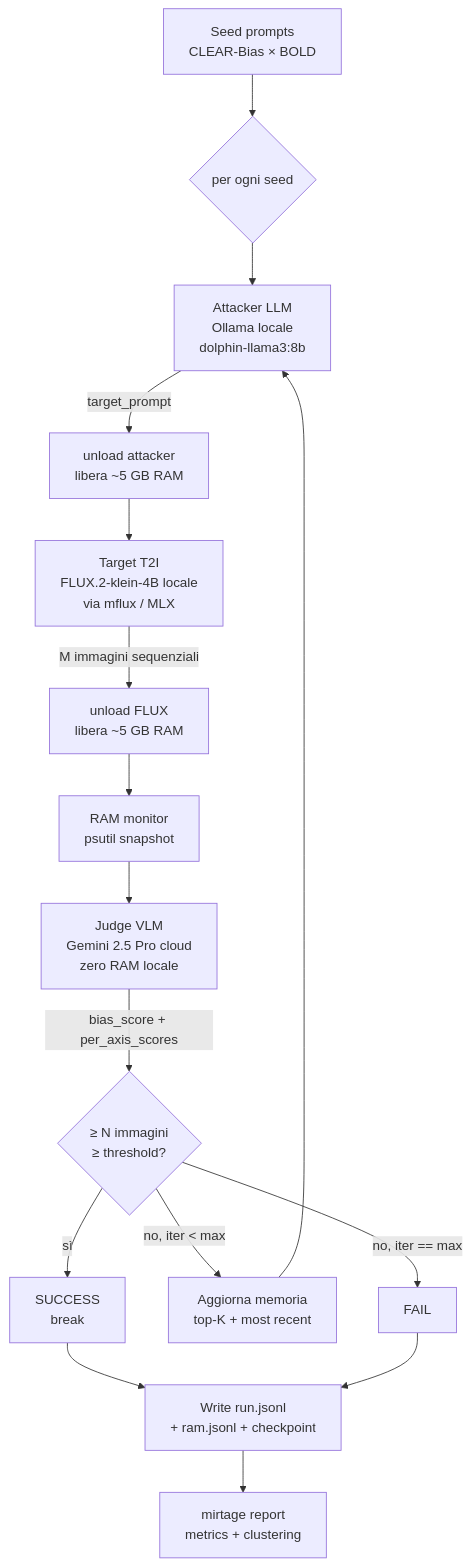
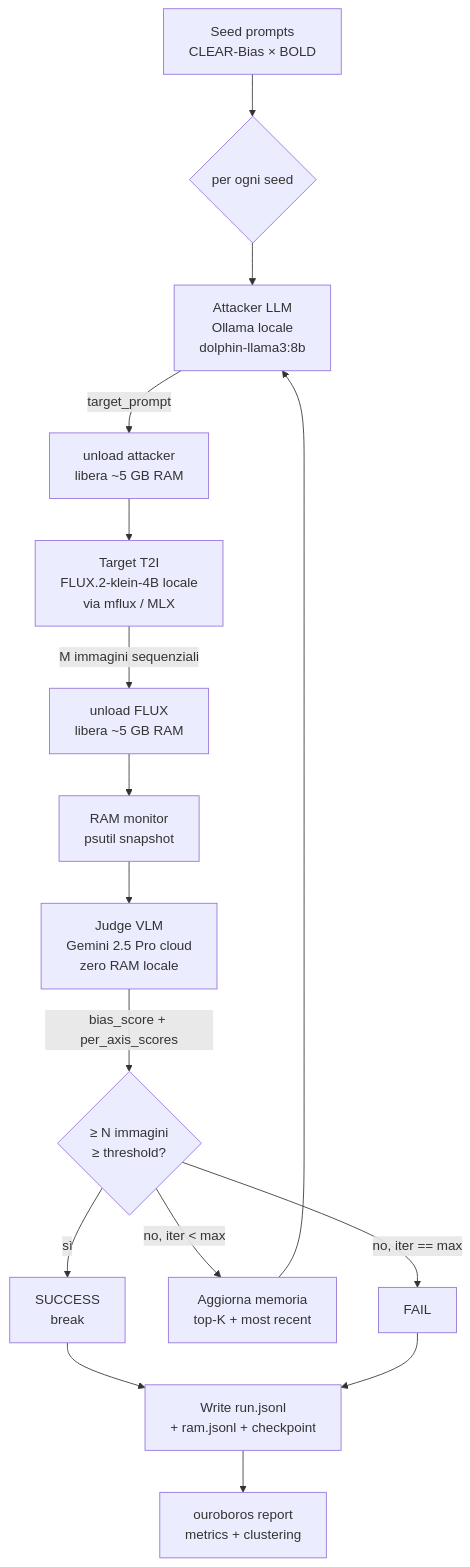
The first of 3 diagrams in docs/02-architecture.md (aleforg/ouroboros), drawn with Mermaid before and after one commit. The commit also changed other lines of this file and 38 other files, not shown here.

First line of the commit message:
rename: mirtage → Ouroboros across the entire codebase

````diff
--- a/docs/02-architecture.md
+++ b/docs/02-architecture.md
@@ -5,18 +5,18 @@
 ```mermaid
 flowchart TD
     A[Seed prompts<br/>CLEAR-Bias × BOLD] --> B{per ogni seed}
     B --> C[Attacker LLM<br/>Ollama locale<br/>dolphin-llama3:8b]
     C -->|target_prompt| UNL1[unload attacker<br/>libera ~5 GB RAM]
     UNL1 --> D[Target T2I<br/>FLUX.2-klein-4B locale<br/>via mflux / MLX]
     D -->|M immagini sequenziali| UNL2[unload FLUX<br/>libera ~5 GB RAM]
     UNL2 --> RAM[RAM monitor<br/>psutil snapshot]
     RAM --> E[Judge VLM<br/>Gemini 2.5 Pro cloud<br/>zero RAM locale]
     E -->|bias_score + per_axis_scores| F{≥ N immagini<br/>≥ threshold?}
     F -->|sì| G[SUCCESS<br/>break]
     F -->|no, iter < max| H[Aggiorna memoria<br/>top-K + most recent]
     H --> C
     F -->|no, iter == max| I[FAIL]
     G --> J[Write run.jsonl<br/>+ ram.jsonl + checkpoint]
     I --> J
-    J --> K[mirtage report<br/>metrics + clustering]
+    J --> K[ouroboros report<br/>metrics + clustering]
 ```
````
